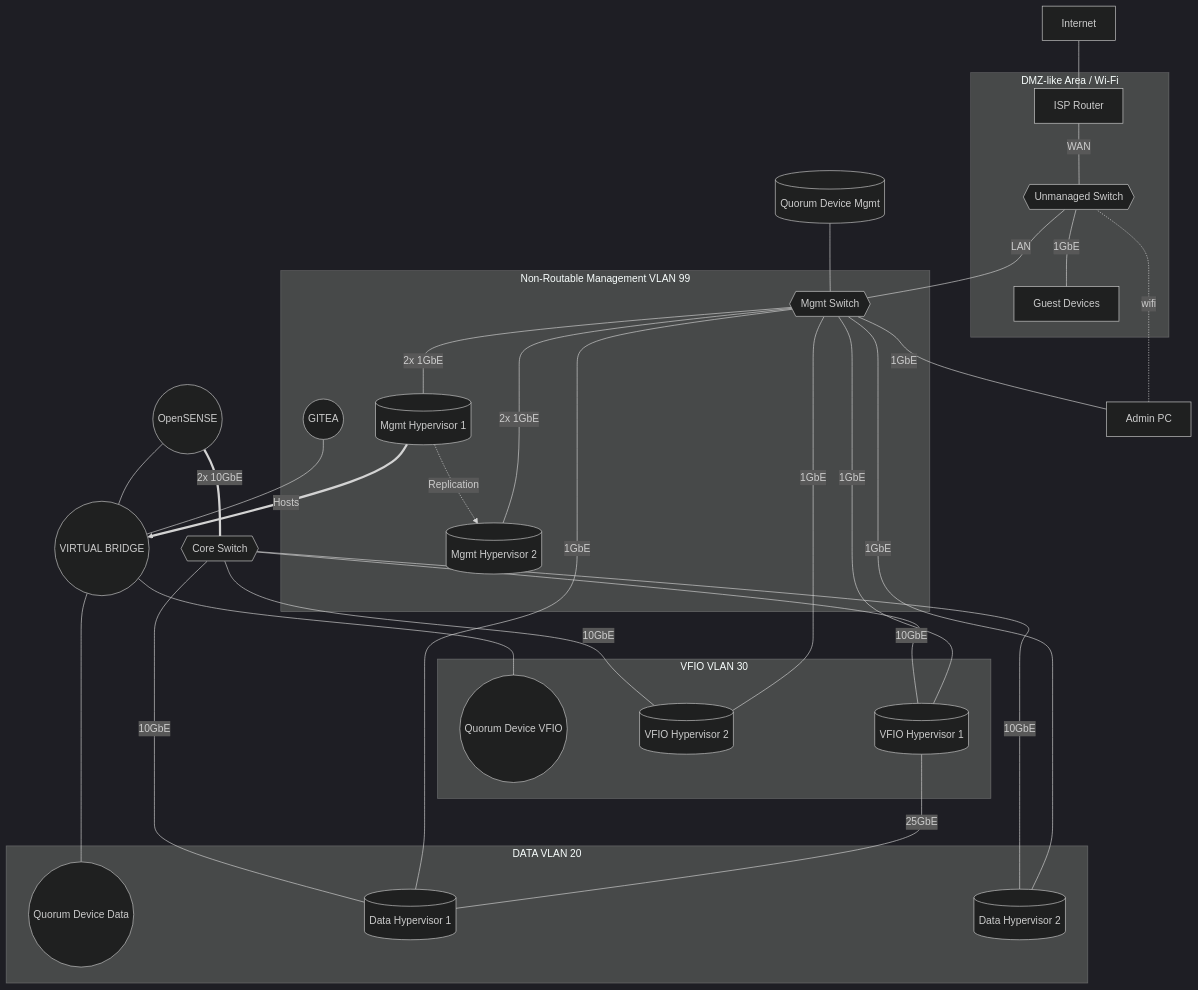
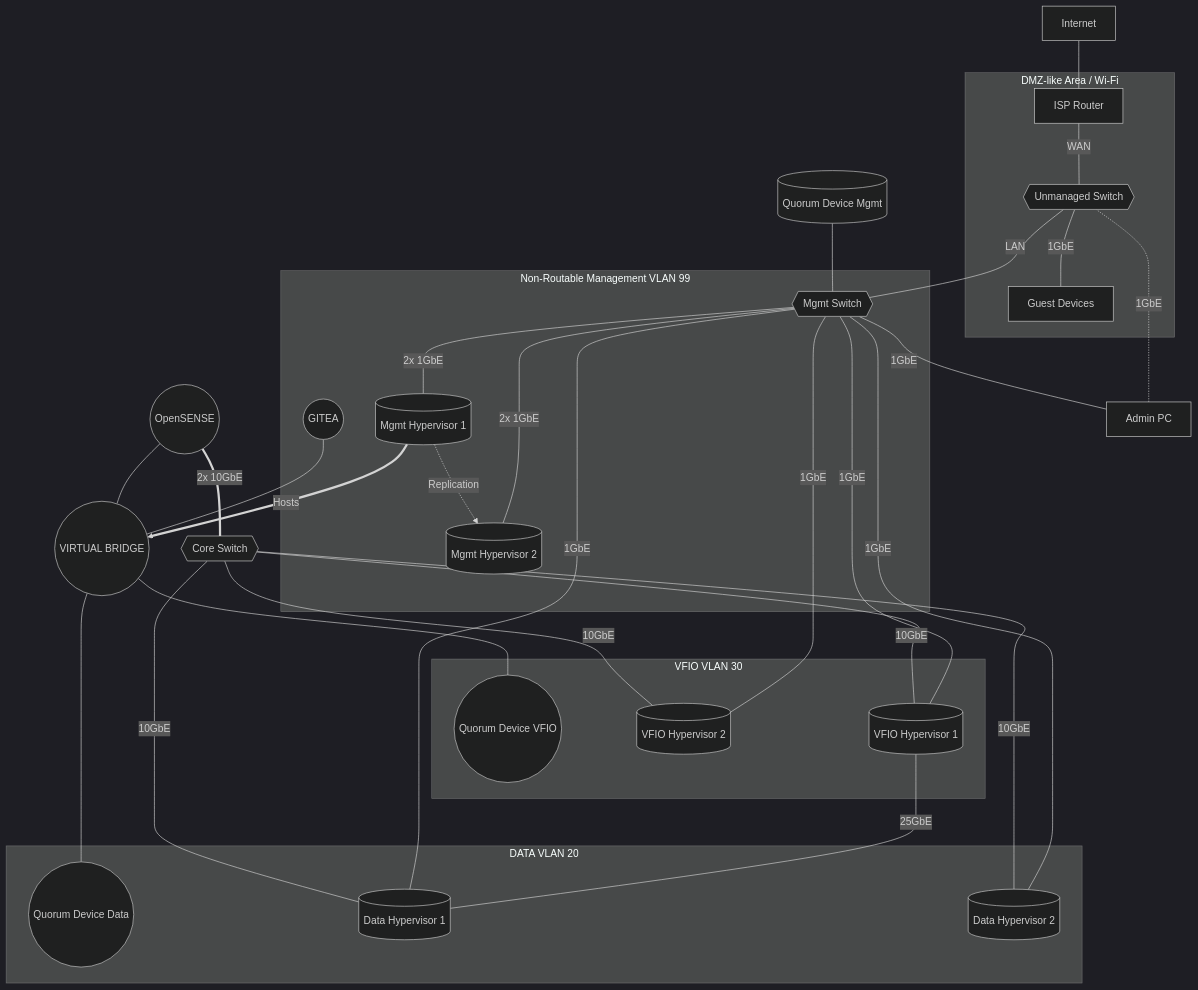
Before and after one commit to woeiru/lab: the diagram in arc/net1.md, drawn with Mermaid (dark theme).

````diff
--- a/arc/net1.md
+++ b/arc/net1.md
@@ -3,50 +3,50 @@
 ```mermaid
 graph TD
     INT[Internet] --- ISPR[ISP Router]
     ISPR ---|WAN| US{{Unmanaged Switch}}
     US ---|LAN| MS{{Mgmt Switch}}
     MS ---|2x 1GbE| MH1[(Mgmt Hypervisor 1)]
     MH1 -.->|Replication| MH2[(Mgmt Hypervisor 2)]
     MS ---|2x 1GbE| MH2
     OPN((OpenSENSE)) --- VB((VIRTUAL BRIDGE))
     GIT((GITEA)) --- VB
     VB --- QDV((Quorum Device VFIO))
     VB --- QDD((Quorum Device Data))
     OPN ===|2x 10GbE| CS{{Core Switch}}
     QDM[(Quorum Device Mgmt)] --- MS
     MS ---|1GbE| APC[Admin PC]
-    APC -.-|wifi| US
+    APC -.-|1GbE| US
     MH1 ==>|Hosts| VB
     CS ---|10GbE| VH2[(VFIO Hypervisor 2)]
     MS ---|1GbE| VH2
     US ---|1GbE| GD[Guest Devices]
     CS ---|10GbE| VH1[(VFIO Hypervisor 1)]
     MS ---|1GbE| VH1
     CS ---|10GbE| DH1[(Data Hypervisor 1)]
     MS ---|1GbE| DH1
     CS ---|10GbE| DH2[(Data Hypervisor 2)]
     MS ---|1GbE| DH2
     VH1 ---|25GbE| DH1
     subgraph VLAN20 [DATA VLAN 20]
         DH1
         DH2
         QDD
     end
     subgraph VLAN30 [VFIO VLAN 30]
         VH1
         VH2
         QDV
     end
     subgraph VLAN99 [Non-Routable Management VLAN 99]
         MS
         MH1
         MH2
         GIT
     end
     subgraph DMZ [DMZ-like Area / Wi-Fi]
         ISPR
         GD
         US
     end
 
 ```
````
